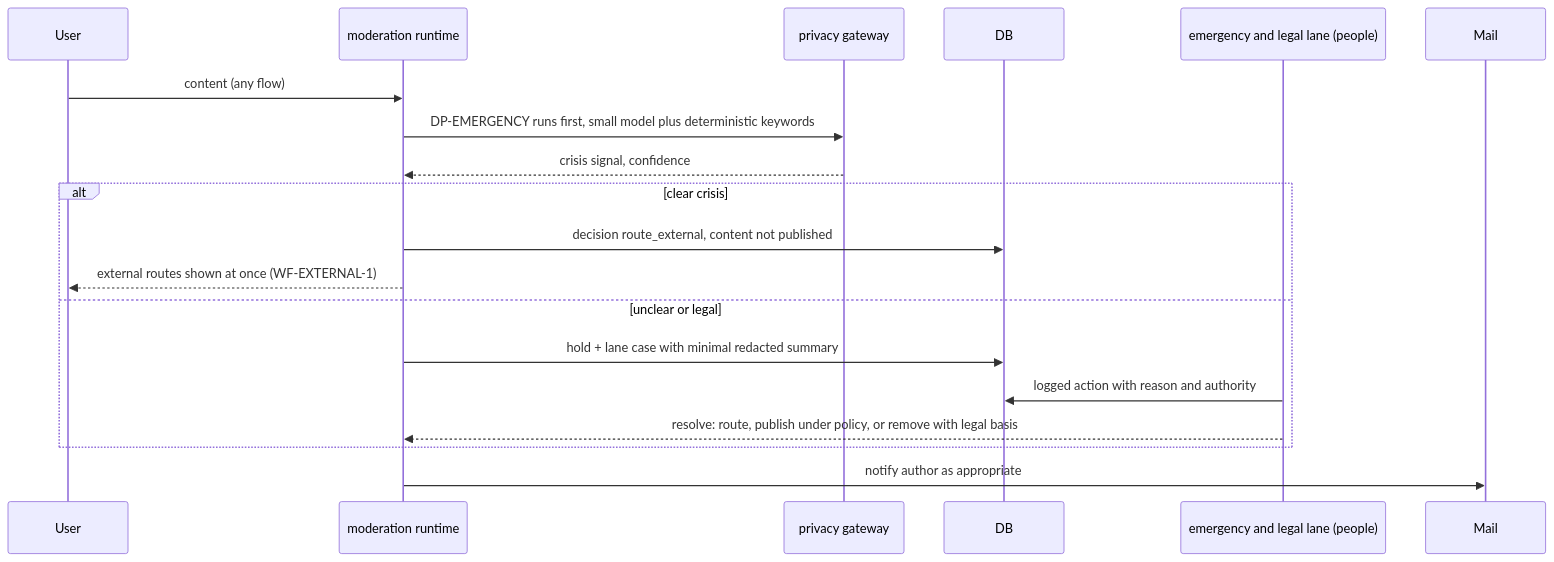
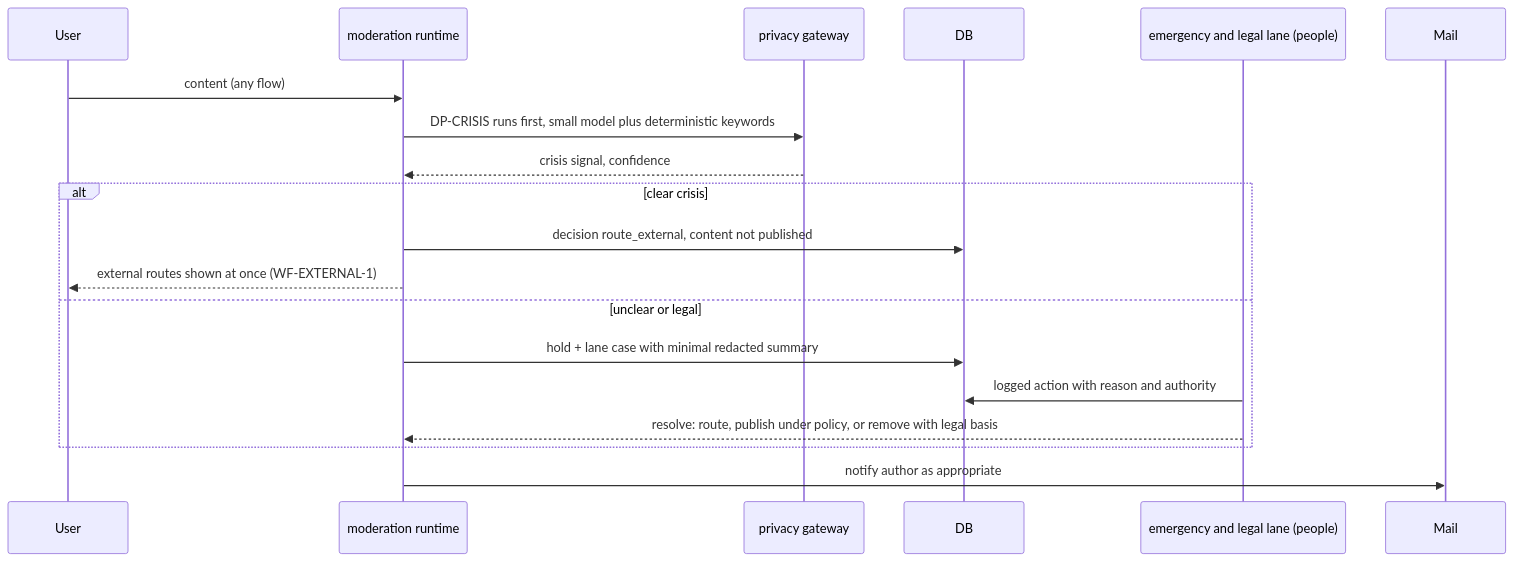
Before and after one commit to community-action-network-oss/community_action_network_oss: the diagram in docs/design/flows/emergency-legal-lane.md, drawn with Mermaid. The commit also changed other lines of this file and 20 other files, not shown here.

Commit message:
W4 P3: structured-submission, persona-simulation, seed-bootstrap and schema-change flows; canonical DP ids; components for schemas, simulation, portability

````diff
--- a/docs/design/flows/emergency-legal-lane.md
+++ b/docs/design/flows/emergency-legal-lane.md
@@ -14,21 +14,21 @@
 ```mermaid
 sequenceDiagram
   participant User
   participant Mod as moderation runtime
   participant GW as privacy gateway
   participant DB
   participant Lane as emergency and legal lane (people)
   participant Mail
   User->>Mod: content (any flow)
-  Mod->>GW: DP-EMERGENCY runs first, small model plus deterministic keywords
+  Mod->>GW: DP-CRISIS runs first, small model plus deterministic keywords
   GW-->>Mod: crisis signal, confidence
   alt clear crisis
     Mod->>DB: decision route_external, content not published
     Mod-->>User: external routes shown at once (WF-EXTERNAL-1)
   else unclear or legal
     Mod->>DB: hold + lane case with minimal redacted summary
     Lane->>DB: logged action with reason and authority
     Lane-->>Mod: resolve: route, publish under policy, or remove with legal basis
   end
   Mod->>Mail: notify author as appropriate
 ```
````
